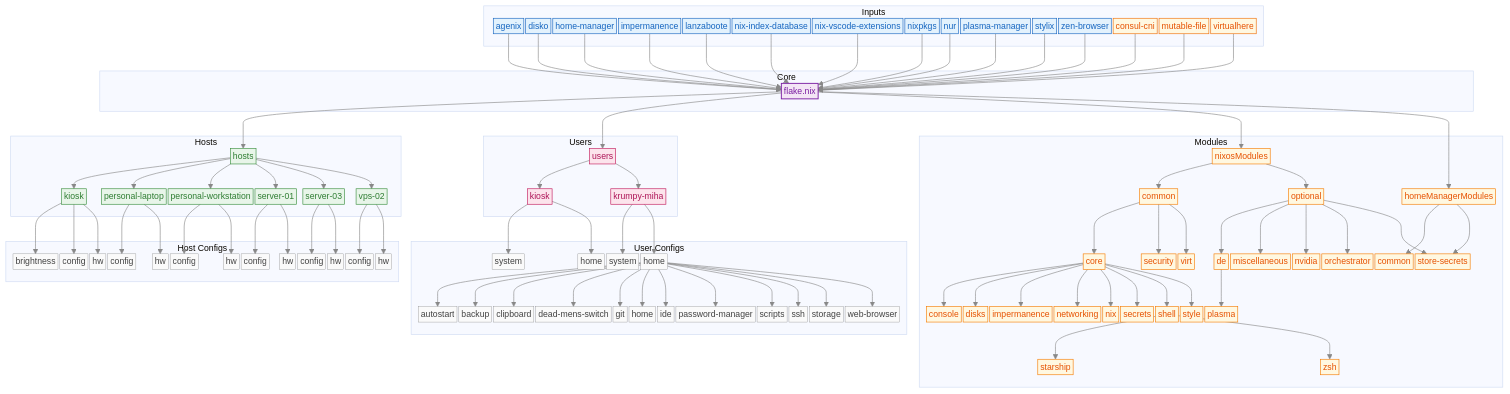
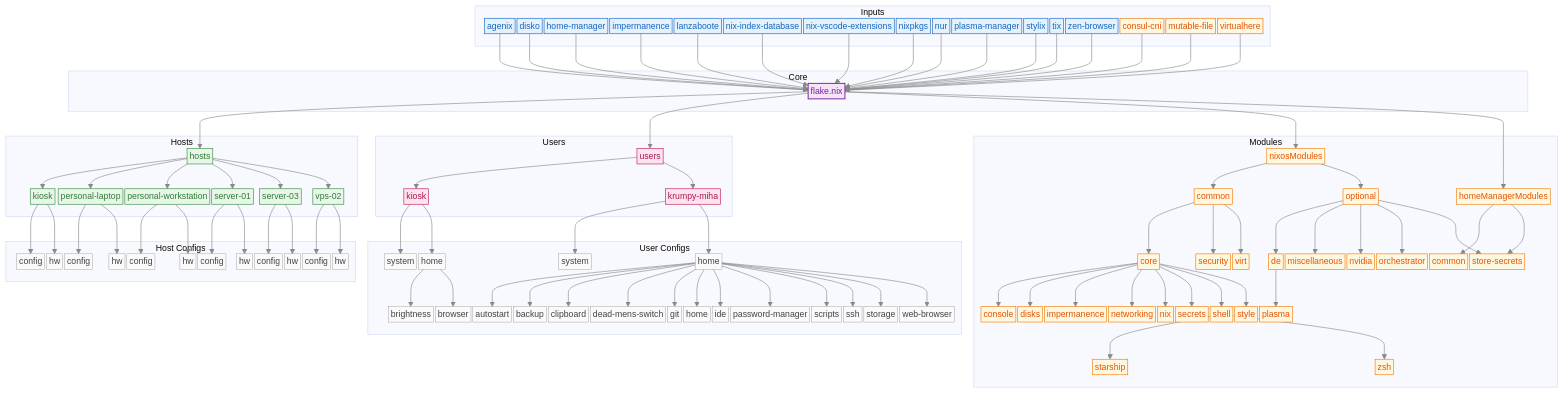
Before and after one commit to mihakrumpestar/infrastructure: the diagram in README.md, drawn with Mermaid. The commit also changed other lines of this file and 1 other file, not shown here.

```diff
--- a/README.md
+++ b/README.md
@@ -134,6 +153,7 @@
         input_nur["nur"]:::input
         input_plasma_manager["plasma-manager"]:::input
         input_stylix["stylix"]:::input
+        input_tix["tix"]:::input
         input_zen_browser["zen-browser"]:::input
         local_consul_cni["consul-cni"]:::local
         local_mutable_file["mutable-file"]:::local
@@ -188,7 +208,6 @@
     end
 
     subgraph HostConfigs[Host Configs]
-        hosts__kiosk__brightness_nix["brightness"]:::config
         hosts__kiosk__configuration_nix["config"]:::config
         hosts__kiosk__hardware_configuration_nix["hw"]:::config
         hosts__personal_laptop__configuration_nix["config"]:::config
@@ -204,6 +223,8 @@
     end
 
     subgraph UserConfigs[User Configs]
+        homeManagerModules__users__kiosk__home__brightness__default_nix["brightness"]:::config
+        homeManagerModules__users__kiosk__home__browser__default_nix["browser"]:::config
         homeManagerModules__users__kiosk__home__default_nix["home"]:::config
         homeManagerModules__users__kiosk__system__default_nix["system"]:::config
         homeManagerModules__users__krumpy_miha__home__autostart_nix["autostart"]:::config
@@ -233,6 +254,7 @@
     input_nur --> flake
     input_plasma_manager --> flake
     input_stylix --> flake
+    input_tix --> flake
     input_zen_browser --> flake
     local_consul_cni --> flake
     local_mutable_file --> flake
@@ -249,7 +271,6 @@
     hosts_node --> host_vps_02
     users_node --> user_kiosk
     users_node --> user_krumpy_miha
-    host_kiosk --> hosts__kiosk__brightness_nix
     host_kiosk --> hosts__kiosk__configuration_nix
     host_kiosk --> hosts__kiosk__hardware_configuration_nix
     host_personal_laptop --> hosts__personal_laptop__configuration_nix
@@ -290,6 +311,8 @@
     nixosModules__optional__default_nix --> nixosModules__optional__nvidia__default_nix
     nixosModules__optional__default_nix --> nixosModules__optional__orchestrator__default_nix
     nixosModules__optional__default_nix --> nixosModules__optional__store_secrets__default_nix
+    homeManagerModules__users__kiosk__home__default_nix --> homeManagerModules__users__kiosk__home__brightness__default_nix
+    homeManagerModules__users__kiosk__home__default_nix --> homeManagerModules__users__kiosk__home__browser__default_nix
     homeManagerModules__users__krumpy_miha__home__default_nix --> homeManagerModules__users__krumpy_miha__home__autostart_nix
     homeManagerModules__users__krumpy_miha__home__default_nix --> homeManagerModules__users__krumpy_miha__home__backup__default_nix
     homeManagerModules__users__krumpy_miha__home__default_nix --> homeManagerModules__users__krumpy_miha__home__clipboard__default_nix
```
